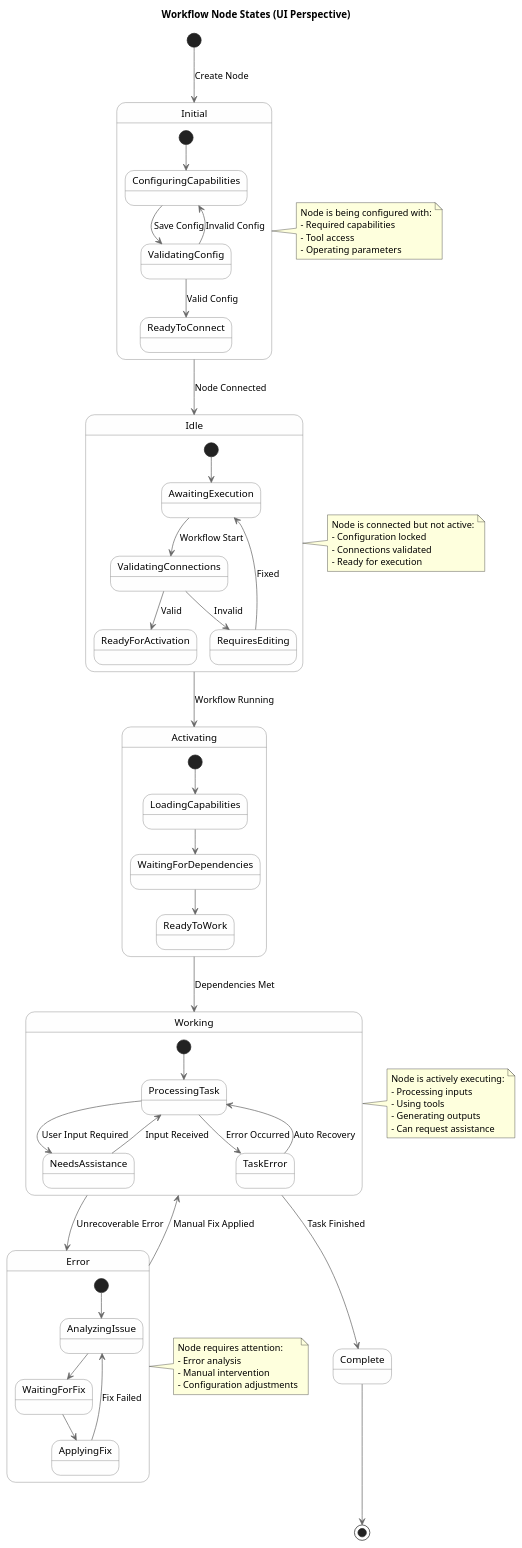
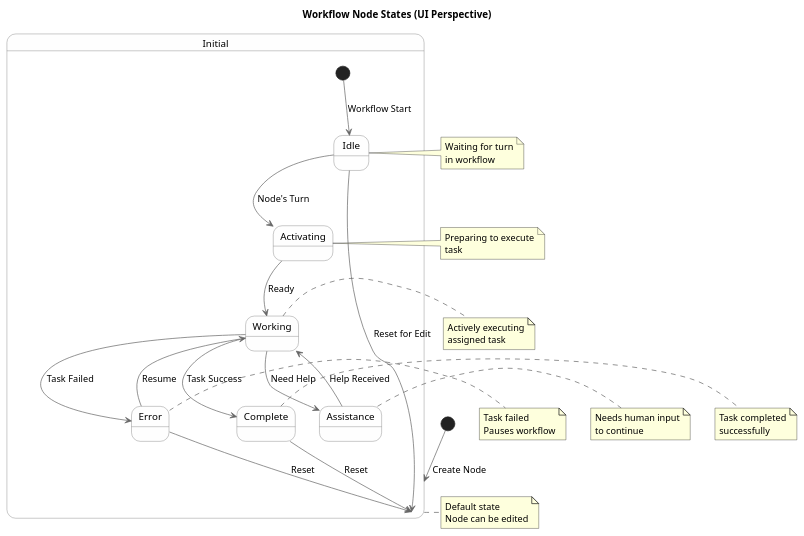
One commit to m0nq/cloud-people changed the diagram in docs/workflow-node-states.puml. Above: the diagram before and after it, drawn with PlantUML. The commit also changed 9 other files, not shown here.

```diff
--- a/docs/workflow-node-states.puml
+++ b/docs/workflow-node-states.puml
@@ -1,98 +1,70 @@
 @startuml Workflow Node States
 
 ' Purpose: This diagram illustrates the states of a node within the workflow builder interface.
 ' It focuses on the UI/UX perspective of how nodes behave during workflow editing and execution.
 ' This is distinct from the agent-state-transitions.puml which shows runtime agent behavior.
 
 ' Styling
 skinparam StateBackgroundColor #FEFEFE
 skinparam StateBorderColor #666666
 skinparam ArrowColor #666666
 skinparam StateStartColor #445566
 skinparam StateEndColor #445566
 
 ' Title
 title Workflow Node States (UI Perspective)
 
 ' States
 [*] --> Initial : Create Node
 
 state Initial {
-    [*] --> ConfiguringCapabilities
-    ConfiguringCapabilities --> ValidatingConfig : Save Config
-    ValidatingConfig --> ConfiguringCapabilities : Invalid Config
-    ValidatingConfig --> ReadyToConnect : Valid Config
+    [*] --> Idle : Workflow Start
+    Idle --> Initial : Reset for Edit
+    Idle --> Activating : Node's Turn
+    Activating --> Working : Ready
+    Working --> Complete : Task Success
+    Working --> Error : Task Failed
+    Working --> Assistance : Need Help
+    Error --> Working : Resume
+    Error --> Initial : Reset
+    Assistance --> Working : Help Received
+    Complete --> Initial : Reset
 }
-
-Initial --> Idle : Node Connected
-
-state Idle {
-    [*] --> AwaitingExecution
-    AwaitingExecution --> ValidatingConnections : Workflow Start
-    ValidatingConnections --> ReadyForActivation : Valid
-    ValidatingConnections --> RequiresEditing : Invalid
-    RequiresEditing --> AwaitingExecution : Fixed
-}
-
-Idle --> Activating : Workflow Running
-
-state Activating {
-    [*] --> LoadingCapabilities
-    LoadingCapabilities --> WaitingForDependencies
-    WaitingForDependencies --> ReadyToWork
-}
-
-Activating --> Working : Dependencies Met
-
-state Working {
-    [*] --> ProcessingTask
-    ProcessingTask --> NeedsAssistance : User Input Required
-    NeedsAssistance --> ProcessingTask : Input Received
-    ProcessingTask --> TaskError : Error Occurred
-    TaskError --> ProcessingTask : Auto Recovery
-}
-
-Working --> Error : Unrecoverable Error
-Working --> Complete : Task Finished
-Error --> Working : Manual Fix Applied
-
-state Error {
-    [*] --> AnalyzingIssue
-    AnalyzingIssue --> WaitingForFix
-    WaitingForFix --> ApplyingFix
-    ApplyingFix --> AnalyzingIssue : Fix Failed
-}
-
-Complete --> [*]
 
 ' Notes
 note right of Initial
-  Node is being configured with:
-  - Required capabilities
-  - Tool access
-  - Operating parameters
+  Default state
+  Node can be edited
 end note
 
 note right of Idle
-  Node is connected but not active:
-  - Configuration locked
-  - Connections validated
-  - Ready for execution
+  Waiting for turn
+  in workflow
+end note
+
+note right of Activating
+  Preparing to execute
+  task
 end note
 
 note right of Working
-  Node is actively executing:
-  - Processing inputs
-  - Using tools
-  - Generating outputs
-  - Can request assistance
+  Actively executing
+  assigned task
 end note
 
 note right of Error
-  Node requires attention:
-  - Error analysis
-  - Manual intervention
-  - Configuration adjustments
+  Task failed
+  Pauses workflow
+end note
+
+note right of Assistance
+  Needs human input
+  to continue
+end note
+
+note right of Complete
+  Task completed
+  successfully
 end note
 
 @enduml
```
